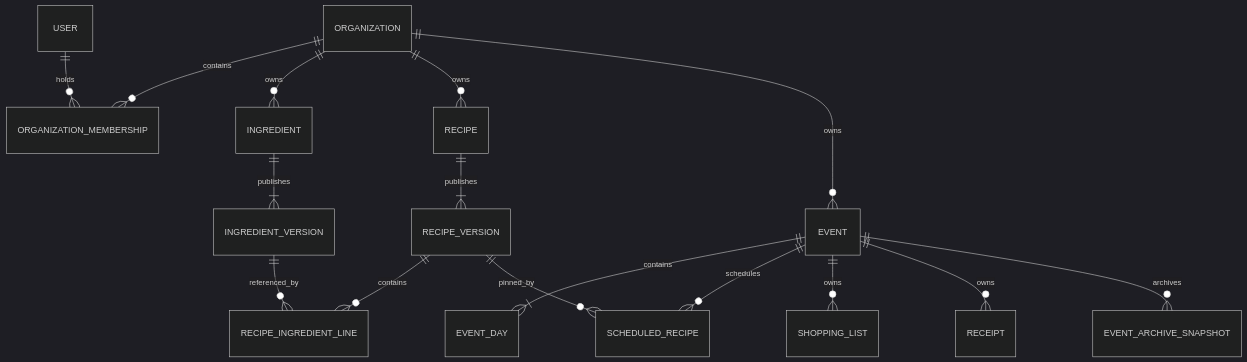
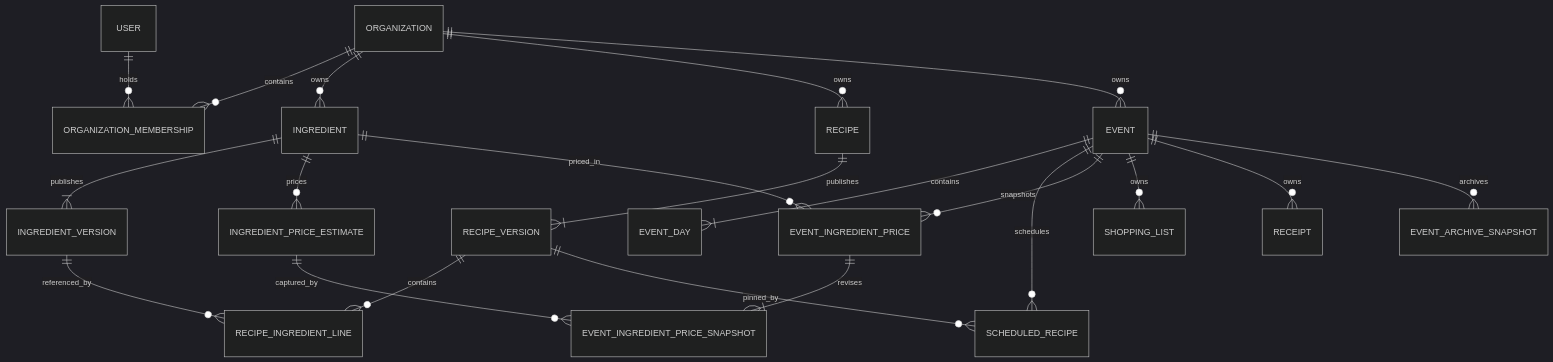
Before and after one commit to yaqwsx/CookOps: the first of 3 diagrams in specification/16-domain-model.md, drawn with Mermaid (dark theme). The commit also changed other lines of this file and 7 other files, not shown here.

Commit message:
docs: define event price snapshot model

````diff
--- a/specification/16-domain-model.md
+++ b/specification/16-domain-model.md
@@ -97,18 +97,23 @@
 ```mermaid
 erDiagram
     USER ||--o{ ORGANIZATION_MEMBERSHIP : holds
     ORGANIZATION ||--o{ ORGANIZATION_MEMBERSHIP : contains
     ORGANIZATION ||--o{ INGREDIENT : owns
     ORGANIZATION ||--o{ RECIPE : owns
     ORGANIZATION ||--o{ EVENT : owns
     INGREDIENT ||--|{ INGREDIENT_VERSION : publishes
+    INGREDIENT ||--o{ INGREDIENT_PRICE_ESTIMATE : prices
     RECIPE ||--|{ RECIPE_VERSION : publishes
     RECIPE_VERSION ||--o{ RECIPE_INGREDIENT_LINE : contains
     INGREDIENT_VERSION ||--o{ RECIPE_INGREDIENT_LINE : referenced_by
     EVENT ||--|{ EVENT_DAY : contains
     EVENT ||--o{ SCHEDULED_RECIPE : schedules
+    EVENT ||--o{ EVENT_INGREDIENT_PRICE : snapshots
+    INGREDIENT ||--o{ EVENT_INGREDIENT_PRICE : priced_in
+    EVENT_INGREDIENT_PRICE ||--|{ EVENT_INGREDIENT_PRICE_SNAPSHOT : revises
+    INGREDIENT_PRICE_ESTIMATE ||--o{ EVENT_INGREDIENT_PRICE_SNAPSHOT : captured_by
     RECIPE_VERSION ||--o{ SCHEDULED_RECIPE : pinned_by
     EVENT ||--o{ SHOPPING_LIST : owns
     EVENT ||--o{ RECEIPT : owns
     EVENT ||--o{ EVENT_ARCHIVE_SNAPSHOT : archives
 ```
````
